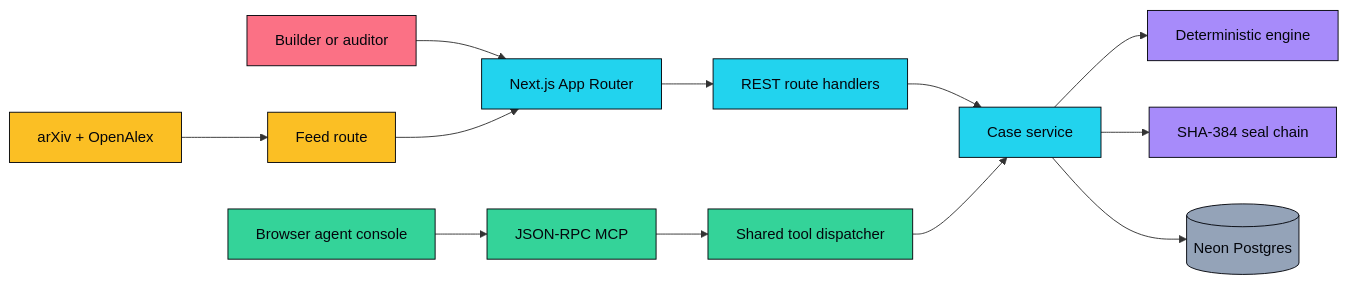
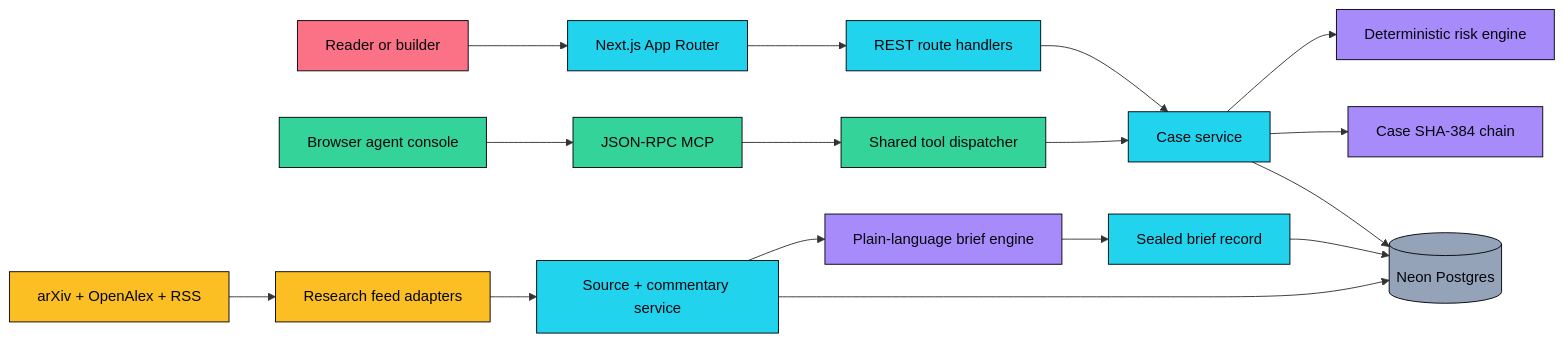
The first of 11 diagrams in README.md (aniruddhaadak80/stewardship-ledger), drawn with Mermaid before and after one commit. The commit also changed other lines of this file and 38 other files, not shown here.

````diff
--- a/README.md
+++ b/README.md
@@ -47,26 +50,30 @@
 ```mermaid
 flowchart LR
-  U[Builder or auditor] --> UI[Next.js App Router]
+  U[Reader or builder] --> UI[Next.js App Router]
   A[Browser agent console] --> RPC[JSON-RPC MCP]
   UI --> REST[REST route handlers]
   RPC --> TOOL[Shared tool dispatcher]
   REST --> CASE[Case service]
   TOOL --> CASE
-  CASE --> ENGINE[Deterministic engine]
-  CASE --> SEAL[SHA-384 seal chain]
+  CASE --> ENGINE[Deterministic risk engine]
+  CASE --> SEAL[Case SHA-384 chain]
   CASE --> DB[(Neon Postgres)]
-  FEED[arXiv + OpenAlex] --> API[Feed route]
-  API --> UI
+  FEED[arXiv + OpenAlex + RSS] --> PROVIDER[Research feed adapters]
+  PROVIDER --> SOURCES[Source + commentary service]
+  SOURCES --> BRIEF[Plain-language brief engine]
+  BRIEF --> BRIEFSEAL[Sealed brief record]
+  BRIEFSEAL --> DB
+  SOURCES --> DB
   classDef data fill:#22d3ee,color:#04060c,stroke:#04060c
   classDef engine fill:#a78bfa,color:#04060c,stroke:#04060c
   classDef agent fill:#34d399,color:#04060c,stroke:#04060c
   classDef external fill:#fbbf24,color:#04060c,stroke:#04060c
   classDef risk fill:#fb7185,color:#04060c,stroke:#04060c
   classDef infra fill:#94a3b8,color:#04060c,stroke:#04060c
-  class U,UI,REST,CASE,DB data
-  class ENGINE,SEAL engine
+  class U,UI,REST,CASE,DB,SOURCES,BRIEFSEAL data
+  class ENGINE,SEAL,BRIEF engine
   class A,RPC,TOOL agent
-  class FEED,API external
+  class FEED,PROVIDER external
   class U risk
   class DB infra
 ```
````
